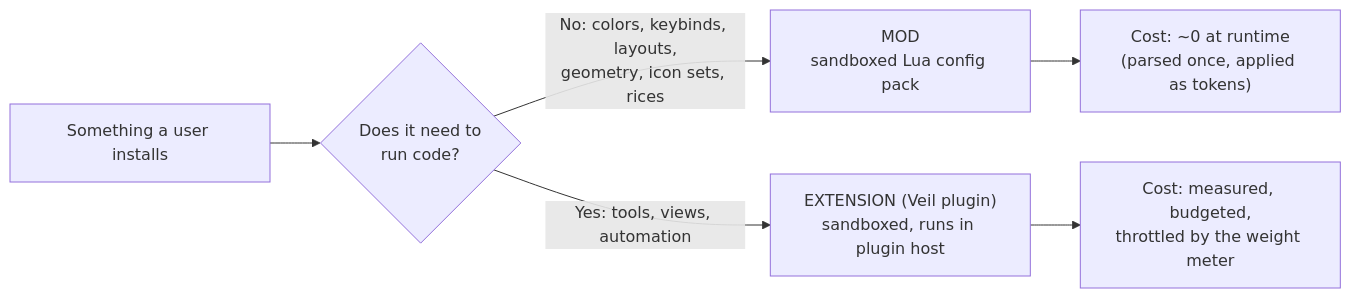
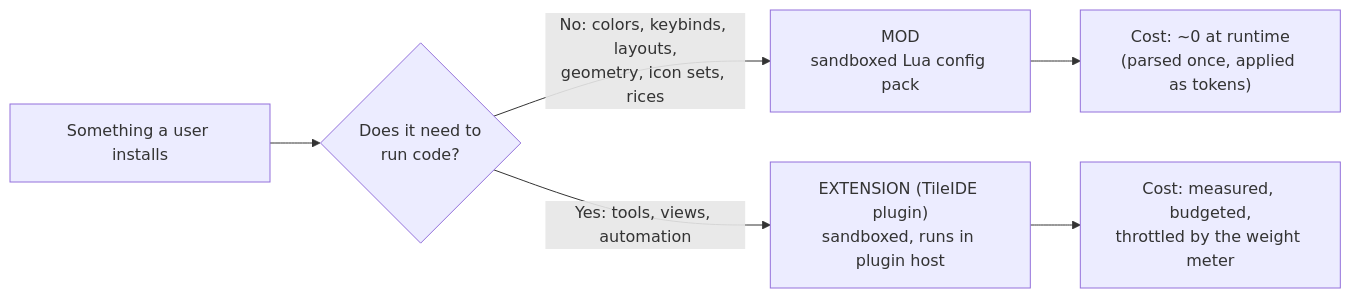
One commit to fordgarcia/tileIDE changed the seventh of 11 diagrams in project_contexts/project_context.md. Above: the diagram before and after it, drawn with Mermaid. The commit also changed other lines of this file and 35 other files, not shown here.

````diff
--- a/project_contexts/project_context.md
+++ b/project_contexts/project_context.md
@@ -258,8 +276,8 @@
 ```mermaid
 flowchart LR
   X["Something a user installs"] --> Q{"Does it need to<br/>run code?"}
   Q -->|"No: colors, keybinds, layouts,<br/>geometry, icon sets, rices"| MOD["MOD<br/>sandboxed Lua config pack"]
-  Q -->|"Yes: tools, views, automation"| EXTN["EXTENSION (Veil plugin)<br/>sandboxed, runs in plugin host"]
+  Q -->|"Yes: tools, views, automation"| EXTN["EXTENSION (TileIDE plugin)<br/>sandboxed, runs in plugin host"]
   MOD --> M1["Cost: ~0 at runtime<br/>(parsed once, applied as tokens)"]
   EXTN --> E1["Cost: measured, budgeted,<br/>throttled by the weight meter"]
 ```
````
